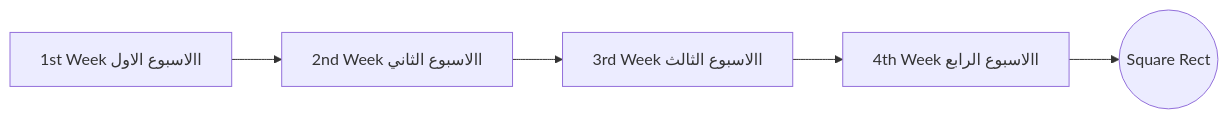
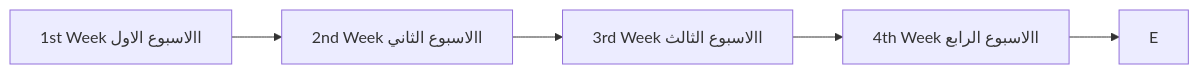
The first of 5 diagrams in README.md (metigator/Roadmap), drawn with Mermaid before and after one commit.

````diff
--- a/README.md
+++ b/README.md
@@ -7,7 +7,7 @@
 ```mermaid
 graph LR
     A[1st Week االاسبوع الاول]--> B((Square Rect))
     B[2nd Week االاسبوع الثاني]--> C((Square Rect))
     C[3rd Week االاسبوع الثالث]--> D((Square Rect))
-    D[4th Week االاسبوع الرابع]--> E((Square Rect))
+    D[4th Week االاسبوع الرابع]--> E
 ```
````
